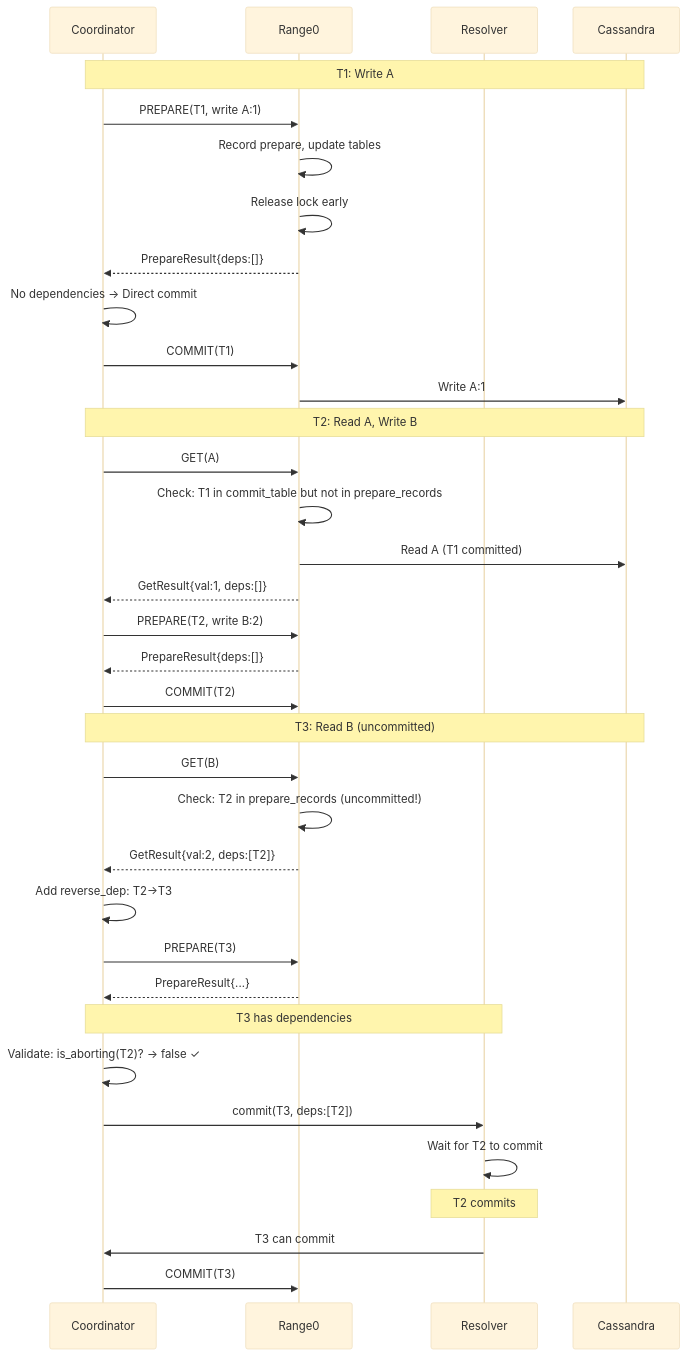
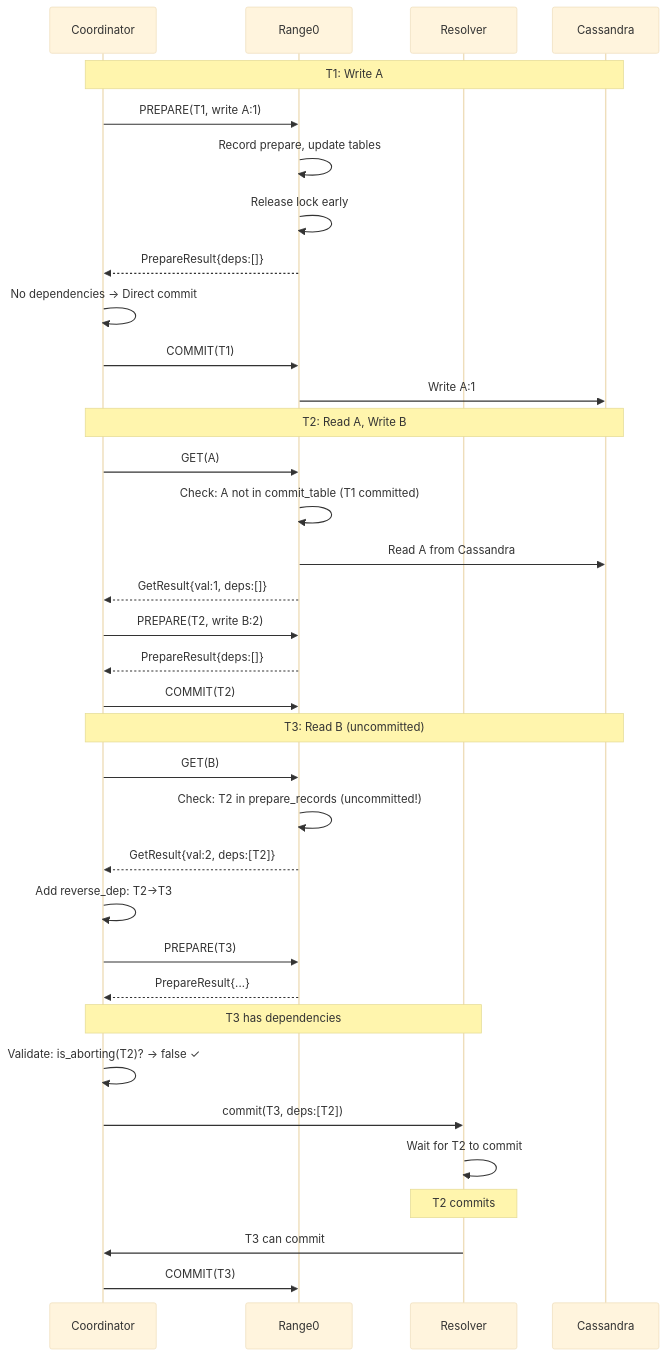
One commit to columbia/sangria changed the second of 2 diagrams in cascading_abort_experiment_results/happy_path/05_t3_resolver.md. Above: the diagram before and after it, drawn with Mermaid (base theme). The commit also changed 4 other files, not shown here.

First line of the commit message:
Fix diagram inaccuracies for pending_commit_table behavior

````diff
--- a/cascading_abort_experiment_results/happy_path/05_t3_resolver.md
+++ b/cascading_abort_experiment_results/happy_path/05_t3_resolver.md
@@ -47,41 +47,41 @@
 ```mermaid
 sequenceDiagram
     participant C as Coordinator
     participant R0 as Range0
     participant Res as Resolver
     participant Cass as Cassandra
 
     Note over C,Cass: T1: Write A
     C->>R0: PREPARE(T1, write A:1)
     R0->>R0: Record prepare, update tables
     R0->>R0: Release lock early
     R0-->>C: PrepareResult{deps:[]}
     C->>C: No dependencies → Direct commit
     C->>R0: COMMIT(T1)
     R0->>Cass: Write A:1
 
     Note over C,Cass: T2: Read A, Write B
     C->>R0: GET(A)
-    R0->>R0: Check: T1 in commit_table but not in prepare_records
-    R0->>Cass: Read A (T1 committed)
+    R0->>R0: Check: A not in commit_table (T1 committed)
+    R0->>Cass: Read A from Cassandra
     R0-->>C: GetResult{val:1, deps:[]}
     C->>R0: PREPARE(T2, write B:2)
     R0-->>C: PrepareResult{deps:[]}
     C->>R0: COMMIT(T2)
 
     Note over C,Cass: T3: Read B (uncommitted)
     C->>R0: GET(B)
     R0->>R0: Check: T2 in prepare_records (uncommitted!)
     R0-->>C: GetResult{val:2, deps:[T2]}
     C->>C: Add reverse_dep: T2→T3
     C->>R0: PREPARE(T3)
     R0-->>C: PrepareResult{...}
 
     Note over C,Res: T3 has dependencies
     C->>C: Validate: is_aborting(T2)? → false ✓
     C->>Res: commit(T3, deps:[T2])
     Res->>Res: Wait for T2 to commit
     Note over Res: T2 commits
     Res->>C: T3 can commit
     C->>R0: COMMIT(T3)
 ```
````
